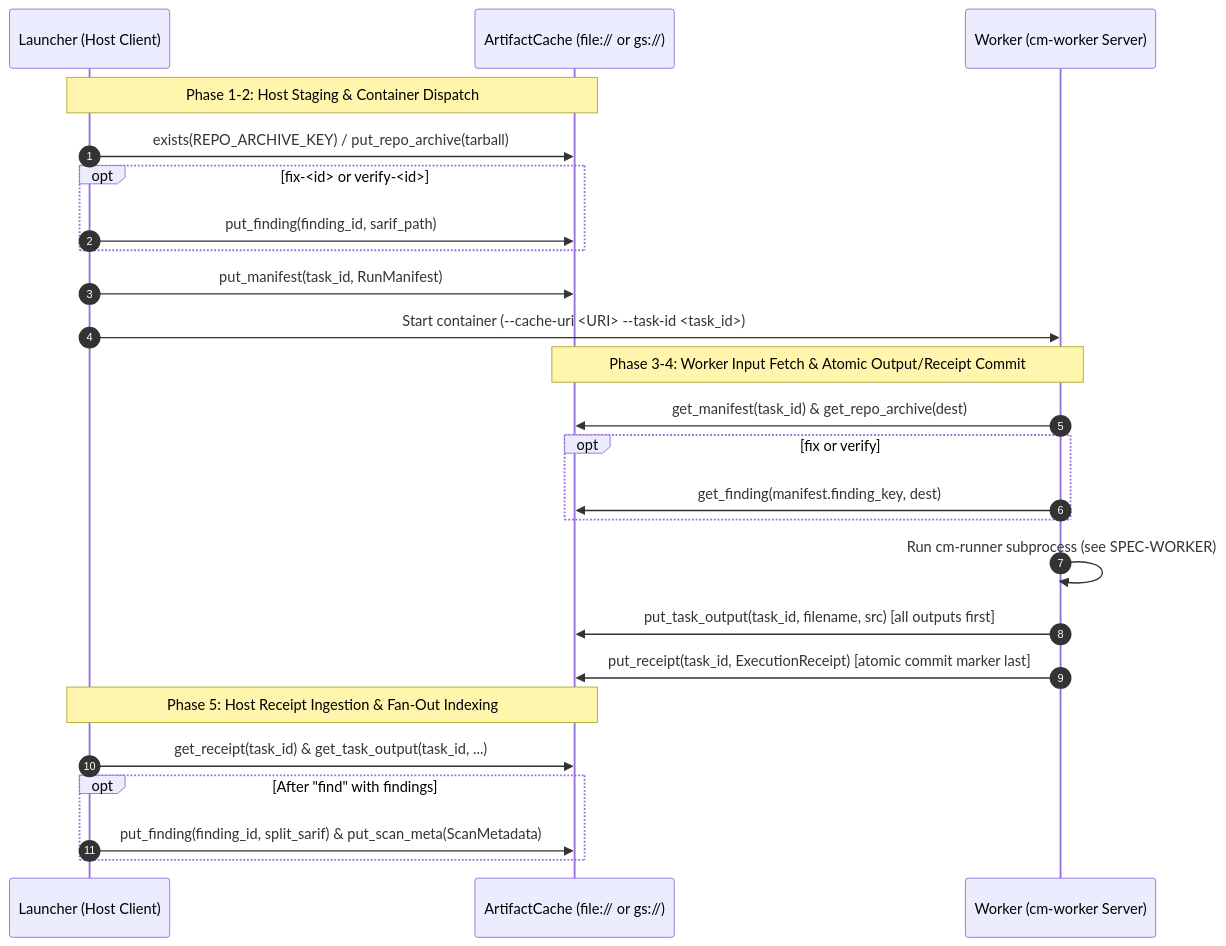
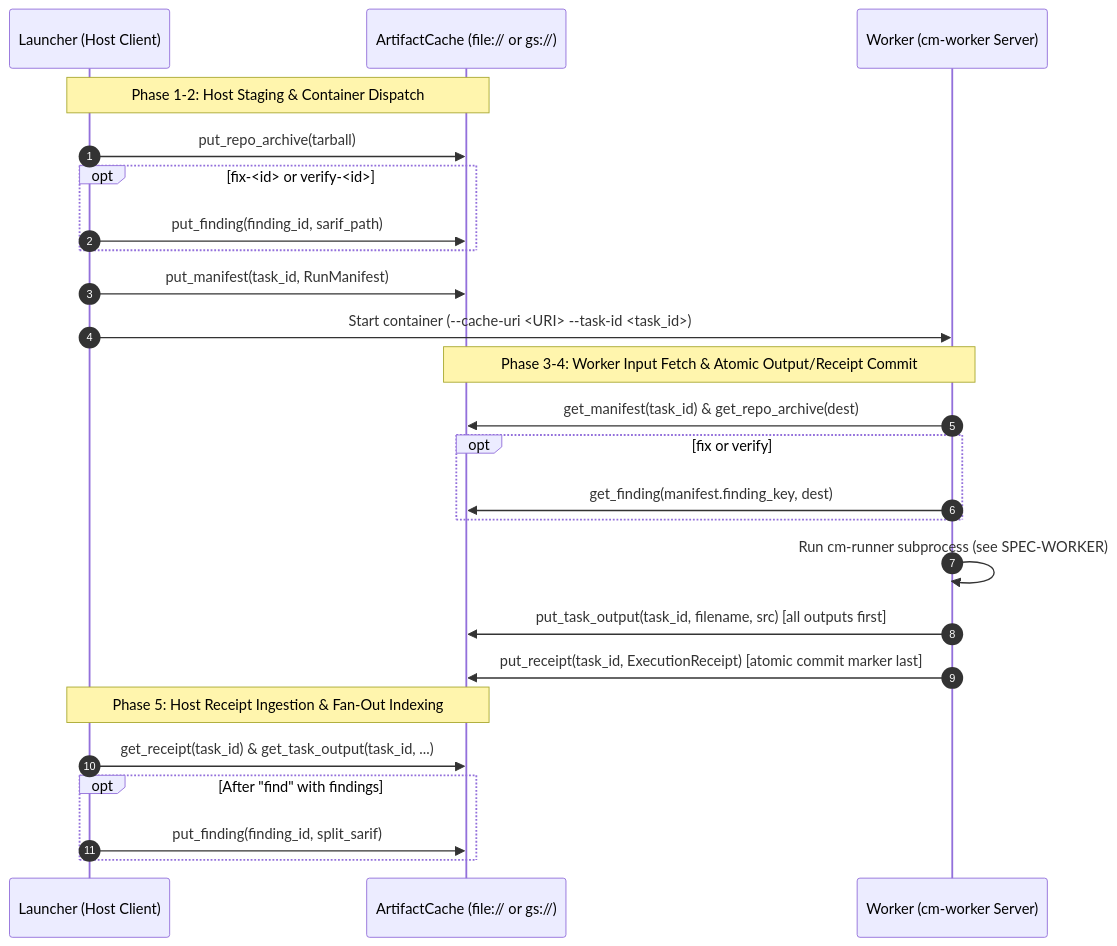
Before and after one commit to avnit/codemender-runner-mcp: the second of 2 diagrams in docs/openspec/specs/artifact-cache/design.md, drawn with Mermaid. The commit also changed other lines of this file and 19 other files, not shown here.

````diff
--- a/docs/openspec/specs/artifact-cache/design.md
+++ b/docs/openspec/specs/artifact-cache/design.md
@@ -457,30 +442,30 @@
 ```mermaid
 sequenceDiagram
     autonumber
     participant L as Launcher (Host Client)
     participant C as ArtifactCache (file:// or gs://)
     participant W as Worker (cm-worker Server)
 
     Note over L,C: Phase 1-2: Host Staging & Container Dispatch
-    L->>C: exists(REPO_ARCHIVE_KEY) / put_repo_archive(tarball)
+    L->>C: put_repo_archive(tarball)
     opt fix-<id> or verify-<id>
         L->>C: put_finding(finding_id, sarif_path)
     end
     L->>C: put_manifest(task_id, RunManifest)
     L->>W: Start container (--cache-uri <URI> --task-id <task_id>)
 
     Note over W,C: Phase 3-4: Worker Input Fetch & Atomic Output/Receipt Commit
     W->>C: get_manifest(task_id) & get_repo_archive(dest)
     opt fix or verify
         W->>C: get_finding(manifest.finding_key, dest)
     end
     W->>W: Run cm-runner subprocess (see SPEC-WORKER)
     W->>C: put_task_output(task_id, filename, src) [all outputs first]
     W->>C: put_receipt(task_id, ExecutionReceipt) [atomic commit marker last]
 
     Note over L,C: Phase 5: Host Receipt Ingestion & Fan-Out Indexing
     L->>C: get_receipt(task_id) & get_task_output(task_id, ...)
     opt After "find" with findings
-        L->>C: put_finding(finding_id, split_sarif) & put_scan_meta(ScanMetadata)
+        L->>C: put_finding(finding_id, split_sarif)
     end
 ```
````
